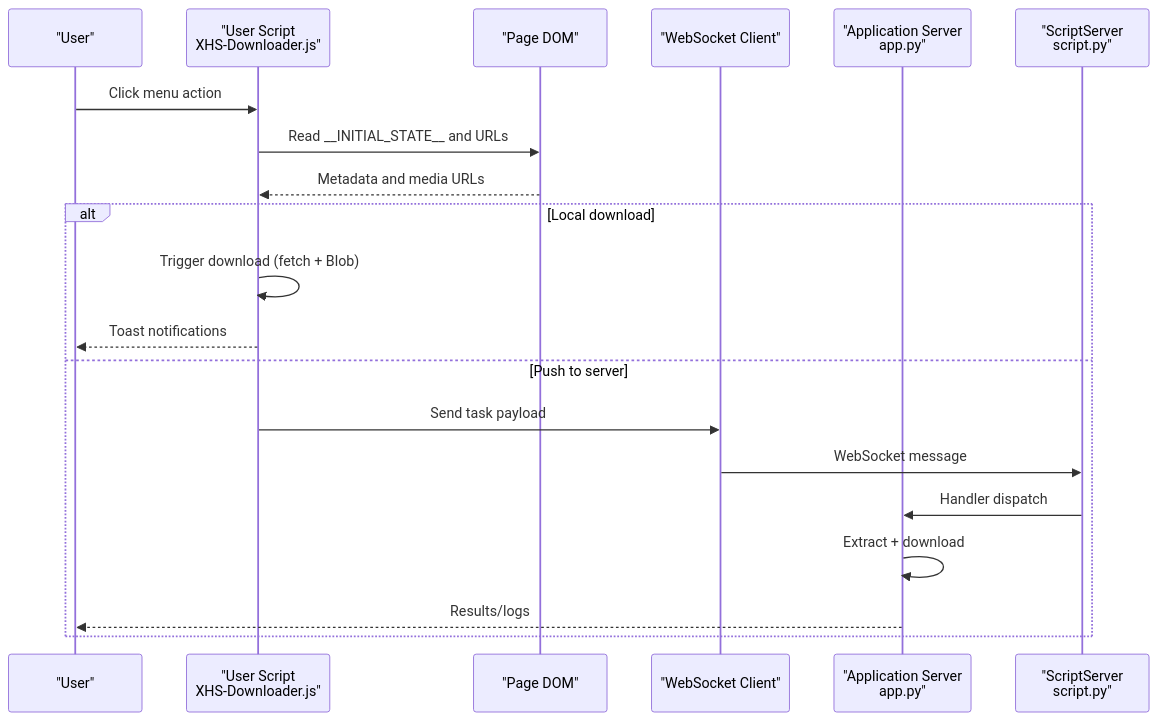
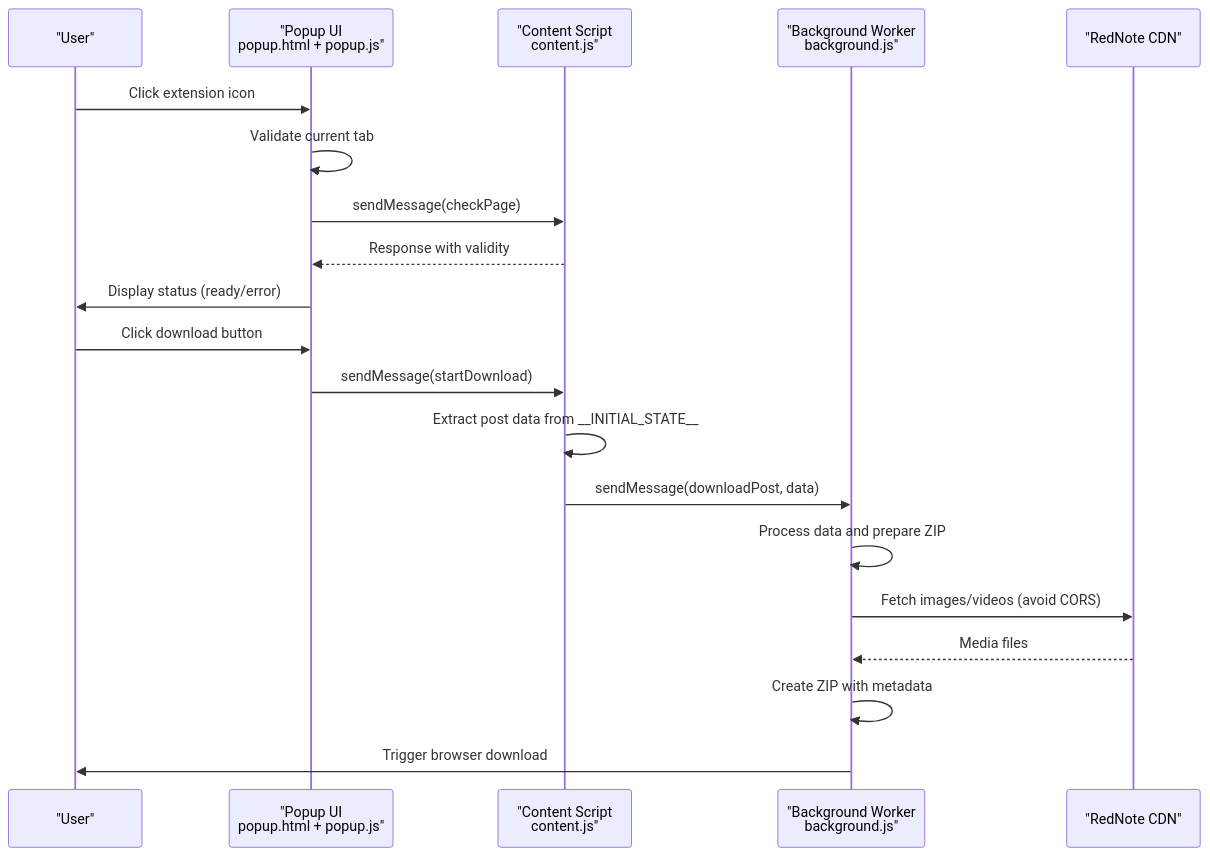
Before and after one commit to KY-2000/XHS-Downloader: the second of 8 diagrams in .qoder/repowiki/en/content/User Interfaces/Browser Integration.md, drawn with Mermaid. The commit also changed other lines of this file and 3 other files, not shown here.

````diff
--- a/.qoder/repowiki/en/content/User Interfaces/Browser Integration.md
+++ b/.qoder/repowiki/en/content/User Interfaces/Browser Integration.md
@@ -79,22 +104,22 @@
 ```mermaid
 sequenceDiagram
 participant User as "User"
-participant Script as "User Script<br/>XHS-Downloader.js"
-participant DOM as "Page DOM"
-participant WS as "WebSocket Client"
-participant App as "Application Server<br/>app.py"
-participant Srv as "ScriptServer<br/>script.py"
-User->>Script : Click menu action
-Script->>DOM : Read __INITIAL_STATE__ and URLs
-DOM-->>Script : Metadata and media URLs
-alt Local download
-Script->>Script : Trigger download (fetch + Blob)
-Script-->>User : Toast notifications
-else Push to server
-Script->>WS : Send task payload
-WS->>Srv : WebSocket message
-Srv->>App : Handler dispatch
-App->>App : Extract + download
-App-->>User : Results/logs
-end
+participant Popup as "Popup UI<br/>popup.html + popup.js"
+participant Content as "Content Script<br/>content.js"
+participant Background as "Background Worker<br/>background.js"
+participant RedNote as "RedNote CDN"
+User->>Popup : Click extension icon
+Popup->>Popup : Validate current tab
+Popup->>Content : sendMessage(checkPage)
+Content-->>Popup : Response with validity
+Popup->>User : Display status (ready/error)
+User->>Popup : Click download button
+Popup->>Content : sendMessage(startDownload)
+Content->>Content : Extract post data from __INITIAL_STATE__
+Content->>Background : sendMessage(downloadPost, data)
+Background->>Background : Process data and prepare ZIP
+Background->>RedNote : Fetch images/videos (avoid CORS)
+RedNote-->>Background : Media files
+Background->>Background : Create ZIP with metadata
+Background->>User : Trigger browser download
 ```
````
